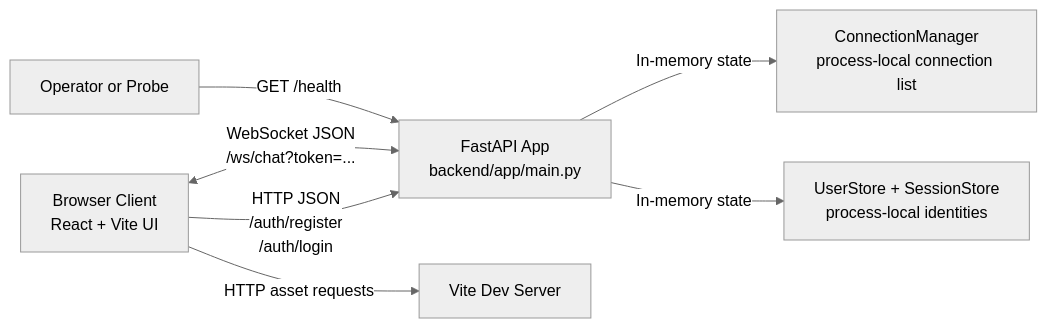
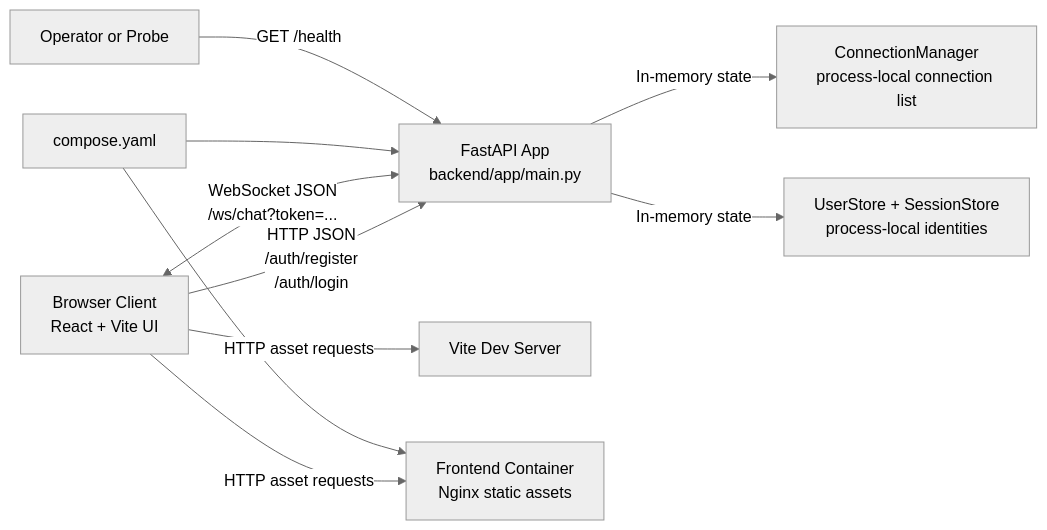
The diagram in arch/system-overview.md (stigmergist/VibeArch), drawn with Mermaid (neutral theme) before and after one commit. The commit also changed other lines of this file and 14 other files, not shown here.

````diff
--- a/arch/system-overview.md
+++ b/arch/system-overview.md
@@ -26,9 +27,12 @@
 ```mermaid
 flowchart LR
 	Browser[Browser Client\nReact + Vite UI] -->|HTTP JSON\n/auth/register\n/auth/login| API[FastAPI App\nbackend/app/main.py]
 	Browser <-->|WebSocket JSON\n/ws/chat?token=...| API
 	Browser -->|HTTP asset requests| Vite[Vite Dev Server]
+	Browser -->|HTTP asset requests| Nginx[Frontend Container\nNginx static assets]
 	API -->|In-memory state| Manager[ConnectionManager\nprocess-local connection list]
 	API -->|In-memory state| Identity[UserStore + SessionStore\nprocess-local identities]
+	Compose[compose.yaml] --> Nginx
+	Compose --> API
 	Monitor[Operator or Probe] -->|GET /health| API
 ```
````
